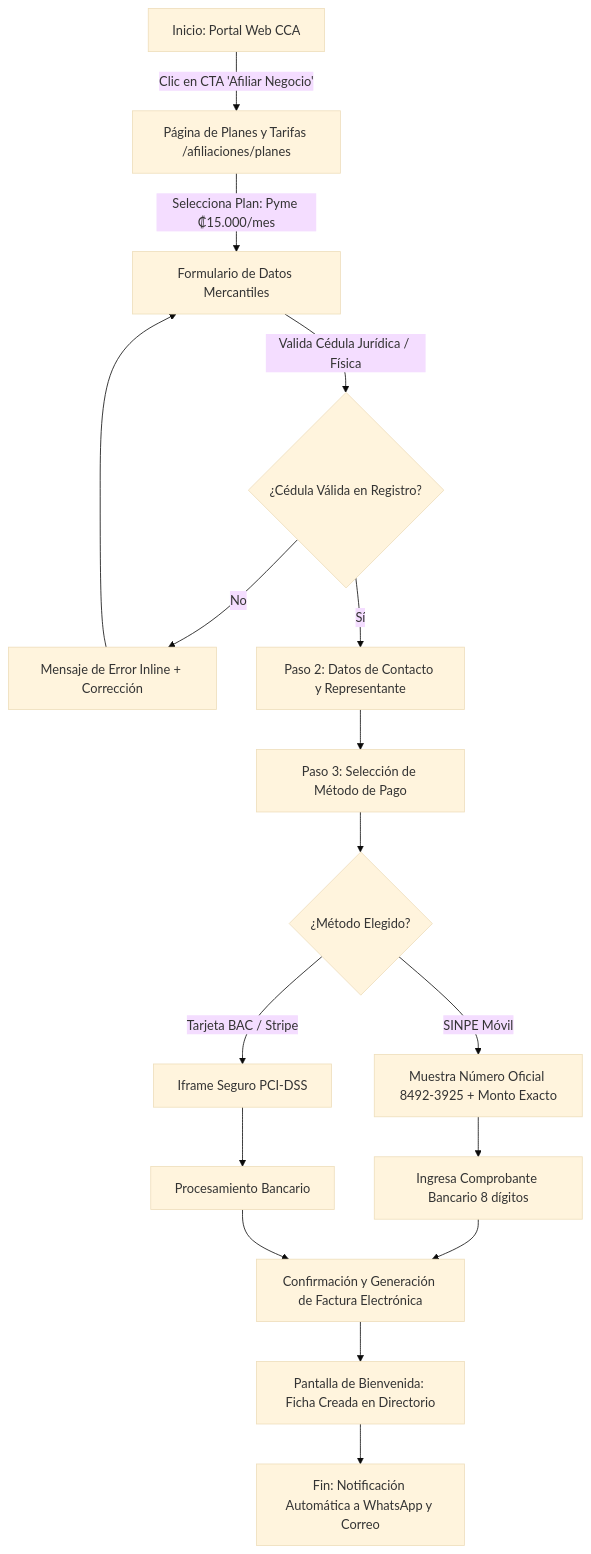
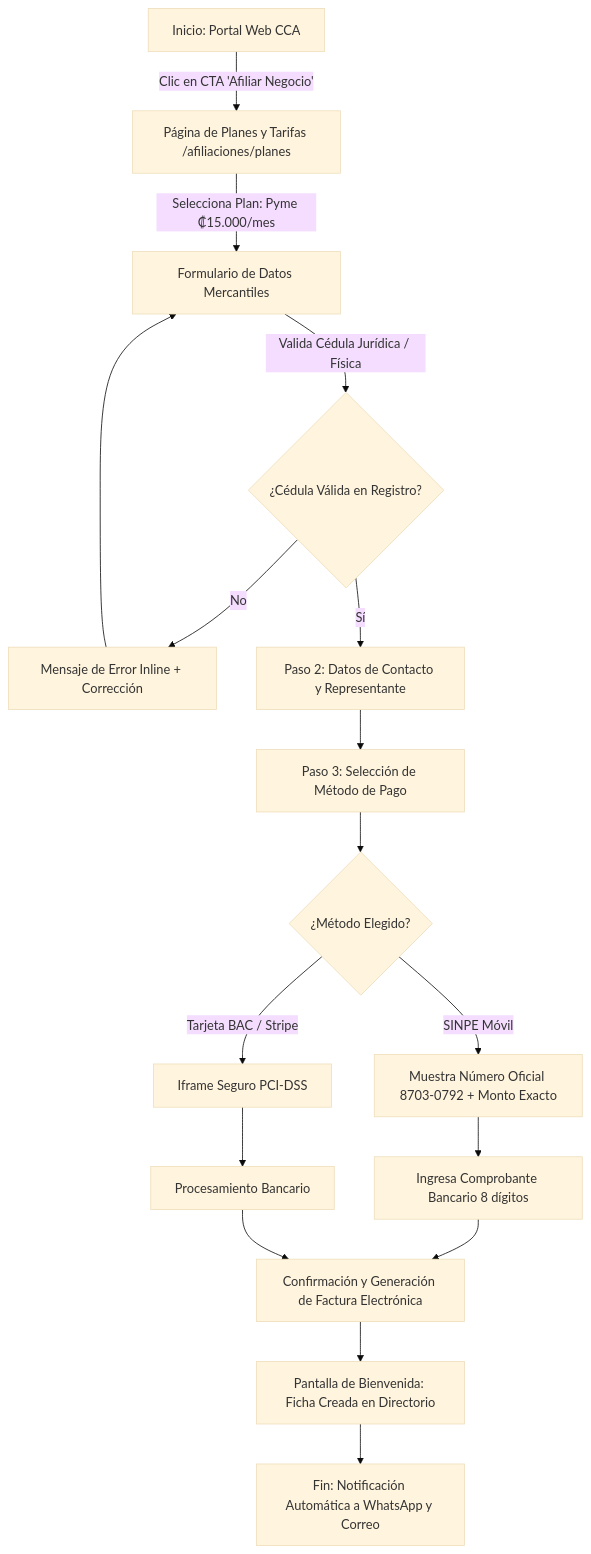
One commit to marcosromanv00/class-arqui-2026-proyecto-final changed the first of 3 diagrams in tools/01_flowmapp/user_flows_cca.md. Above: the diagram before and after it, drawn with Mermaid (base theme). The commit also changed 31 other files, not shown here.

````diff
--- a/tools/01_flowmapp/user_flows_cca.md
+++ b/tools/01_flowmapp/user_flows_cca.md
@@ -9,19 +9,19 @@
 ```mermaid
 graph TD
     A[Inicio: Portal Web CCA] -->|Clic en CTA 'Afiliar Negocio'| B[Página de Planes y Tarifas /afiliaciones/planes]
     B -->|Selecciona Plan: Pyme ₡15.000/mes| C[Formulario de Datos Mercantiles]
     C -->|Valida Cédula Jurídica / Física| D{¿Cédula Válida en Registro?}
     D -- No --> E[Mensaje de Error Inline + Corrección]
     E --> C
     D -- Sí --> F[Paso 2: Datos de Contacto y Representante]
     F --> G[Paso 3: Selección de Método de Pago]
     G --> H{¿Método Elegido?}
-    H -- SINPE Móvil --> I[Muestra Número Oficial 8492-3925 + Monto Exacto]
+    H -- SINPE Móvil --> I[Muestra Número Oficial 8703-0792 + Monto Exacto]
     I --> J[Ingresa Comprobante Bancario 8 dígitos]
     H -- Tarjeta BAC / Stripe --> K[Iframe Seguro PCI-DSS]
     K --> L[Procesamiento Bancario]
     J --> M[Confirmación y Generación de Factura Electrónica]
     L --> M
     M --> N[Pantalla de Bienvenida: Ficha Creada en Directorio]
     N --> O[Fin: Notificación Automática a WhatsApp y Correo]
 ```
````
